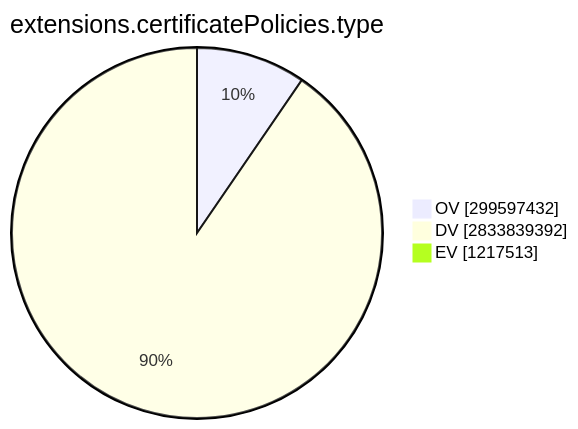
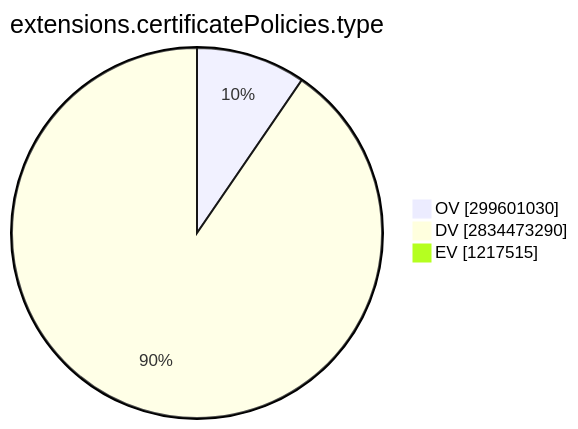
The ninth of 15 diagrams in TOTAL/README.md (christiankrug/ctmonitor_visualization), drawn with Mermaid before and after one commit. The commit also changed other lines of this file, not shown here.

````diff
--- a/TOTAL/README.md
+++ b/TOTAL/README.md
@@ -3101,7 +3101,7 @@
 ```mermaid
 pie showData
 title extensions.certificatePolicies.type
-"OV" :299597432
-"DV" :2833839392
-"EV" :1217513
+"OV" :299601030
+"DV" :2834473290
+"EV" :1217515
 ```
````
